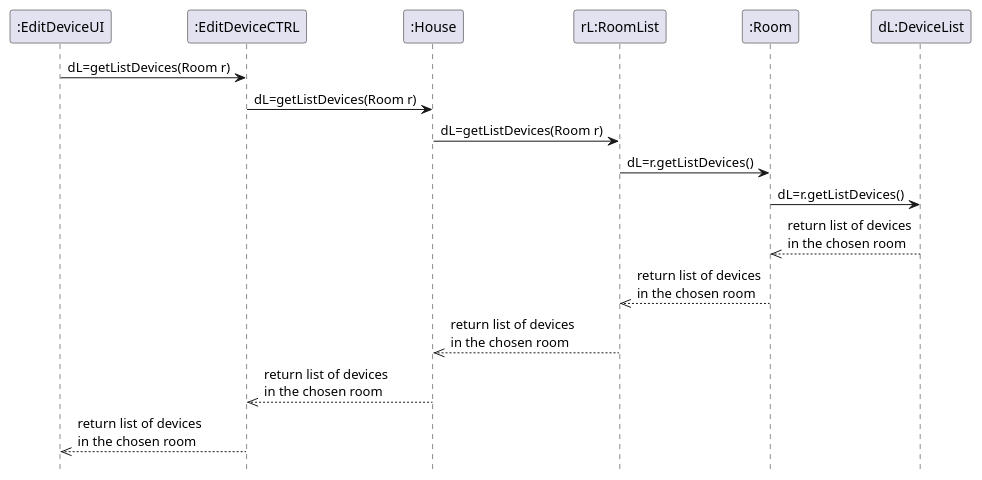
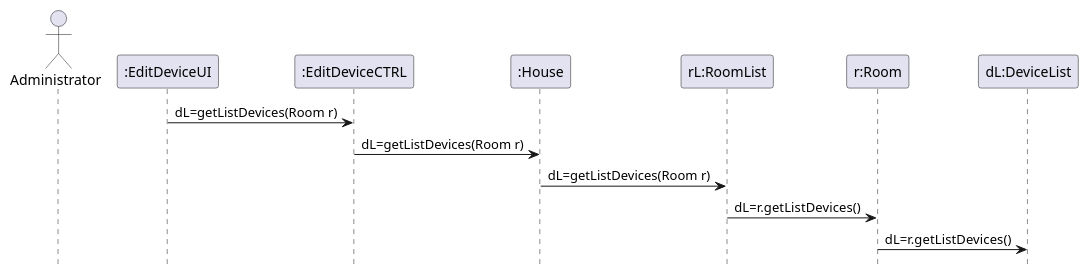
The diagram in src/main/java/smarthome/uml/sequencediagrams/EditDeviceSequenceRef1.puml (emanuel-pereira/hou), drawn with PlantUML before and after one commit. The commit also changed 7 other files, not shown here.

Commit message:
Correction of diagrams: Domain Model, EditDevice Sequence Diagram and Class Diagram, EnergyConsumptionOfWaterHeating Sequence Diagram

```diff
--- a/src/main/java/smarthome/uml/sequencediagrams/EditDeviceSequenceRef1.puml
+++ b/src/main/java/smarthome/uml/sequencediagrams/EditDeviceSequenceRef1.puml
@@ -1,15 +1,13 @@
 @startuml
 hidefootbox
 
+
+actor Administrator
 ":EditDeviceUI" -> ":EditDeviceCTRL": dL=getListDevices(Room r)
 ":EditDeviceCTRL" -> ":House": dL=getListDevices(Room r)
 ":House" -> "rL:RoomList": dL=getListDevices(Room r)
-"rL:RoomList" -> ":Room": dL=r.getListDevices()
-":Room" -> "dL:DeviceList": dL=r.getListDevices()
+"rL:RoomList" -> "r:Room": dL=r.getListDevices()
+"r:Room" -> "dL:DeviceList": dL=r.getListDevices()
 
-"dL:DeviceList" -->> ":Room":return list of devices\nin the chosen room
-":Room" -->> "rL:RoomList":return list of devices\nin the chosen room
-"rL:RoomList" -->> ":House":return list of devices\nin the chosen room
-":House" -->> ":EditDeviceCTRL":return list of devices\nin the chosen room
-":EditDeviceCTRL" -->> ":EditDeviceUI":return list of devices\nin the chosen room
+
 @enduml
```
